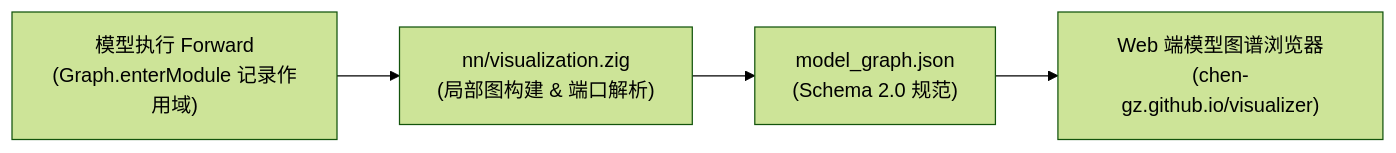
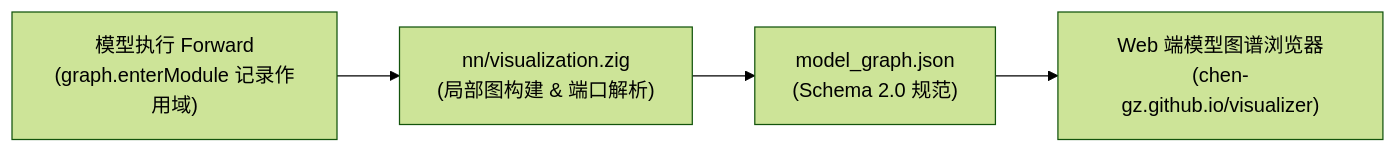
The third of 3 diagrams in doc/architecture.md (chen-gz/znn), drawn with Mermaid (forest theme) before and after one commit. The commit also changed other lines of this file and 31 other files, not shown here.

First line of the commit message:
refactor(tensor,autodiff,nn): decouple Tensor from Graph and unify nn forward on *Graph

````diff
--- a/doc/architecture.md
+++ b/doc/architecture.md
@@ -193,6 +209,6 @@
 ```mermaid
 flowchart LR
-    Model["模型执行 Forward\n(Graph.enterModule 记录作用域)"] --> Export["nn/visualization.zig\n(局部图构建 & 端口解析)"]
+    Model["模型执行 Forward\n(graph.enterModule 记录作用域)"] --> Export["nn/visualization.zig\n(局部图构建 & 端口解析)"]
     Export --> JsonFile["model_graph.json\n(Schema 2.0 规范)"]
     JsonFile --> WebVisualizer["Web 端模型图谱浏览器\n(chen-gz.github.io/visualizer)"]
 ```
````
